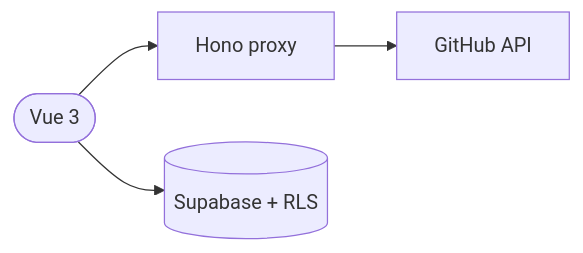
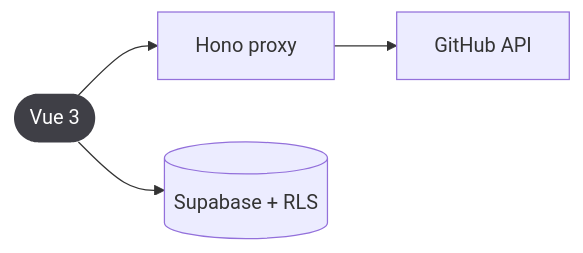
One commit to yesterdaygrace/yesterdaygrace changed the second of 5 diagrams in README.md. Above: the diagram before and after it, drawn with Mermaid. The commit also changed other lines of this file, not shown here.

````diff
--- a/README.md
+++ b/README.md
@@ -101,5 +109,6 @@
 ```mermaid
 flowchart LR
     A([Vue 3]) --> B[Hono proxy] --> G[GitHub API]
     A --> C[(Supabase + RLS)]
+    style A fill:#3f3f46,color:#fff,stroke:none
 ```
````
